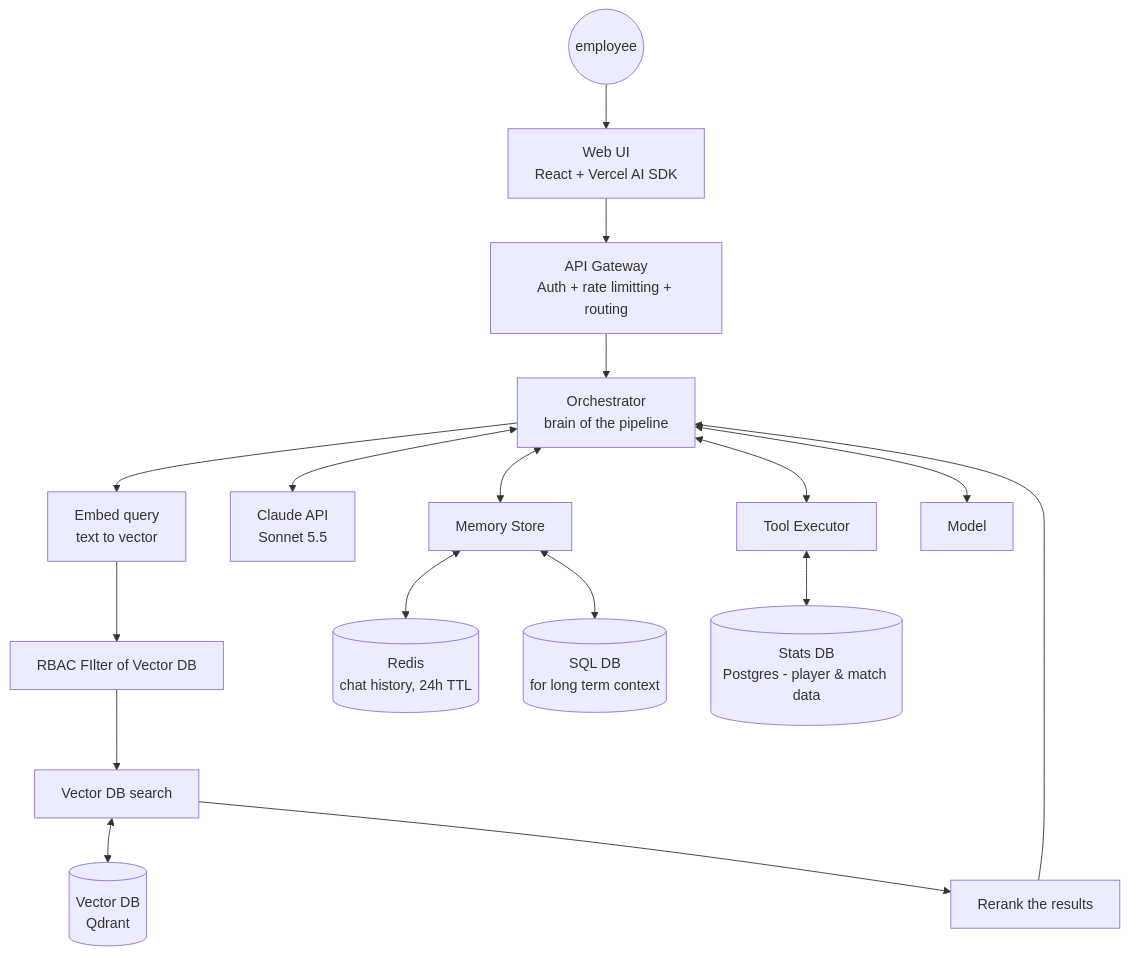
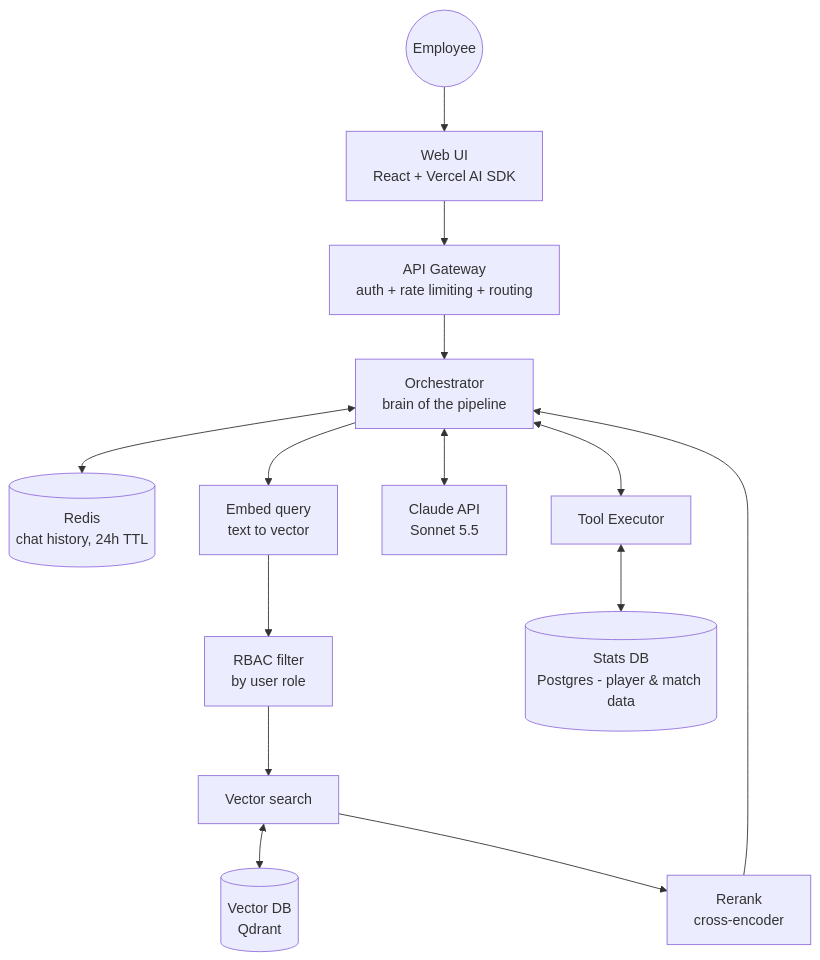
Before and after one commit to elfernandes10/fde-journey: the diagram in system-designs/01-manu-rag-chat.md, drawn with Mermaid. The commit also changed other lines of this file, not shown here.

````diff
--- a/system-designs/01-manu-rag-chat.md
+++ b/system-designs/01-manu-rag-chat.md
@@ -33,22 +39,19 @@
 ```mermaid
 graph TD
-    user((employee))-->client[Web UI<br/>React + Vercel AI SDK]
-    client --> gateway[API Gateway<br/>Auth + rate limitting + routing]
+    user((Employee)) --> client[Web UI<br/>React + Vercel AI SDK]
+    client --> gateway[API Gateway<br/>auth + rate limiting + routing]
     gateway --> orchestrator[Orchestrator<br/>brain of the pipeline]
+
+    orchestrator <--> memory[(Redis<br/>chat history, 24h TTL)]
     orchestrator <--> tools[Tool Executor]
     orchestrator <--> llm[Claude API<br/>Sonnet 5.5]
-    orchestrator <--> memory[Memory Store]
+
     orchestrator --> queryembedding[Embed query<br/>text to vector]
-    queryembedding --> vector_filter[RBAC FIlter of Vector DB]
-    vector_filter --> vector_search[Vector DB search]
+    queryembedding --> vector_filter[RBAC filter<br/>by user role]
+    vector_filter --> vector_search[Vector search]
     vector_search <--> vectordb[(Vector DB<br/>Qdrant)]
-    vector_search --> ranker[Rerank the results]
+    vector_search --> ranker[Rerank<br/>cross-encoder]
     ranker --> orchestrator
-    memory<-->redis_cache[(Redis<br/>chat history, 24h TTL)]
-    memory<-->SQLDB[(SQL DB<br/>for long term context)]
-    orchestrator<--> model[Model]
+
     tools <--> stats_db[(Stats DB<br/>Postgres - player & match data)]
-
-
-
 ```
````
